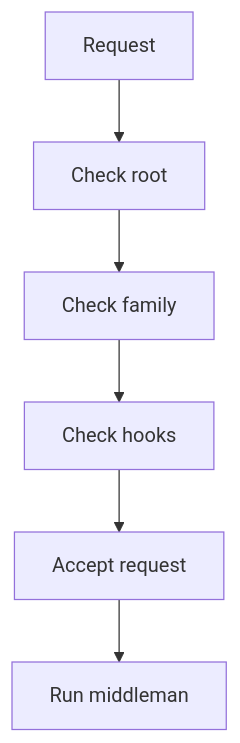
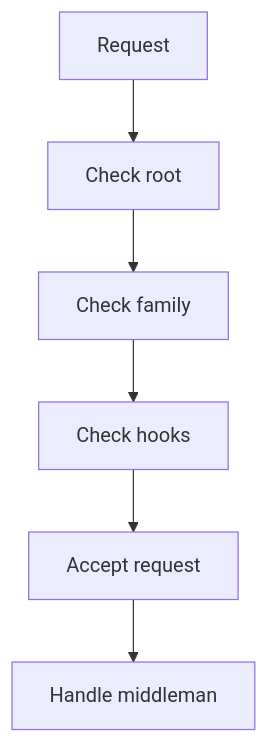
One commit to JohnAndrewBalbarosa/NeoTerritory changed the second of 2 diagrams in docs/Codebase/Microservice/Modules/Source/Analysis/Patterns/Middleman/Contracts/pattern_middleman_contract.cpp.md. Above: the diagram before and after it, drawn with Mermaid. The commit also changed 915 other files, not shown here.

````diff
--- a/docs/Codebase/Microservice/Modules/Source/Analysis/Patterns/Middleman/Contracts/pattern_middleman_contract.cpp.md
+++ b/docs/Codebase/Microservice/Modules/Source/Analysis/Patterns/Middleman/Contracts/pattern_middleman_contract.cpp.md
@@ -49,14 +49,14 @@
 ```mermaid
 flowchart TD
     Start["Request"]
     N0["Check root"]
     N1["Check family"]
     N2["Check hooks"]
     N3["Accept request"]
-    End["Run middleman"]
+    End["Handle middleman"]
     Start --> N0
     N0 --> N1
     N1 --> N2
     N2 --> N3
     N3 --> End
 ```
````
